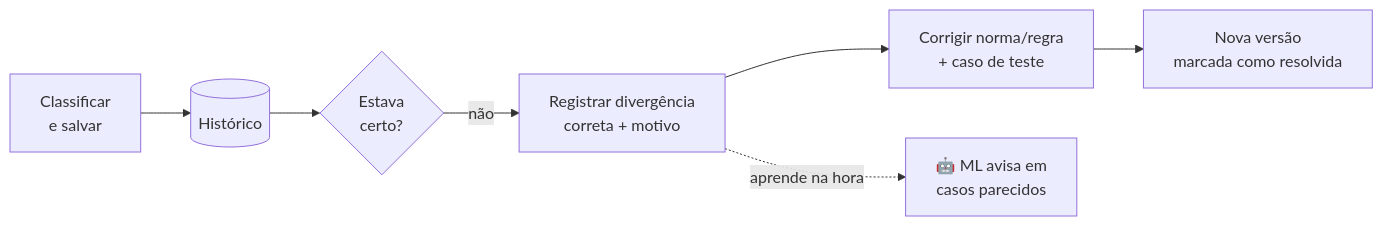
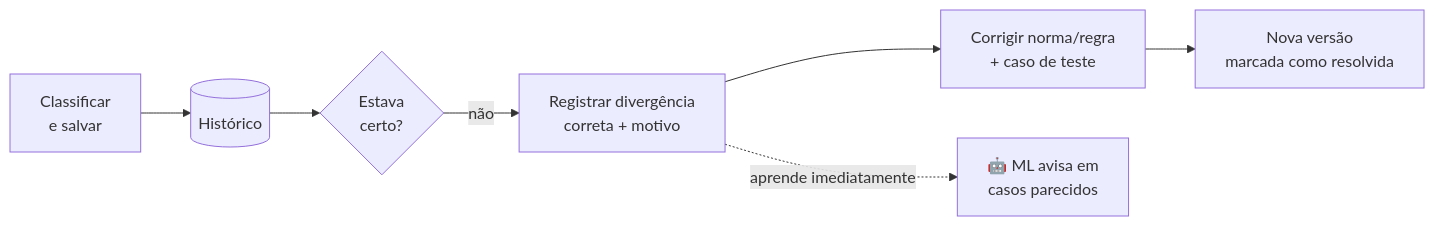
The third of 8 diagrams in README.md (jcesarmph-ui/SistemaDeClassificacao), drawn with Mermaid before and after one commit. The commit also changed other lines of this file, not shown here.

````diff
--- a/README.md
+++ b/README.md
@@ -265,9 +265,9 @@
 ```mermaid
 flowchart LR
     A[Classificar<br/>e salvar] --> B[(Histórico)]
     B --> C{Estava<br/>certo?}
     C -->|não| D[Registrar divergência<br/>correta + motivo]
     D --> E[Corrigir norma/regra<br/>+ caso de teste]
     E --> F[Nova versão<br/>marcada como resolvida]
-    D -.->|aprende na hora| G[🤖 ML avisa em<br/>casos parecidos]
+    D -.->|aprende imediatamente| G[🤖 ML avisa em<br/>casos parecidos]
 ```
````
